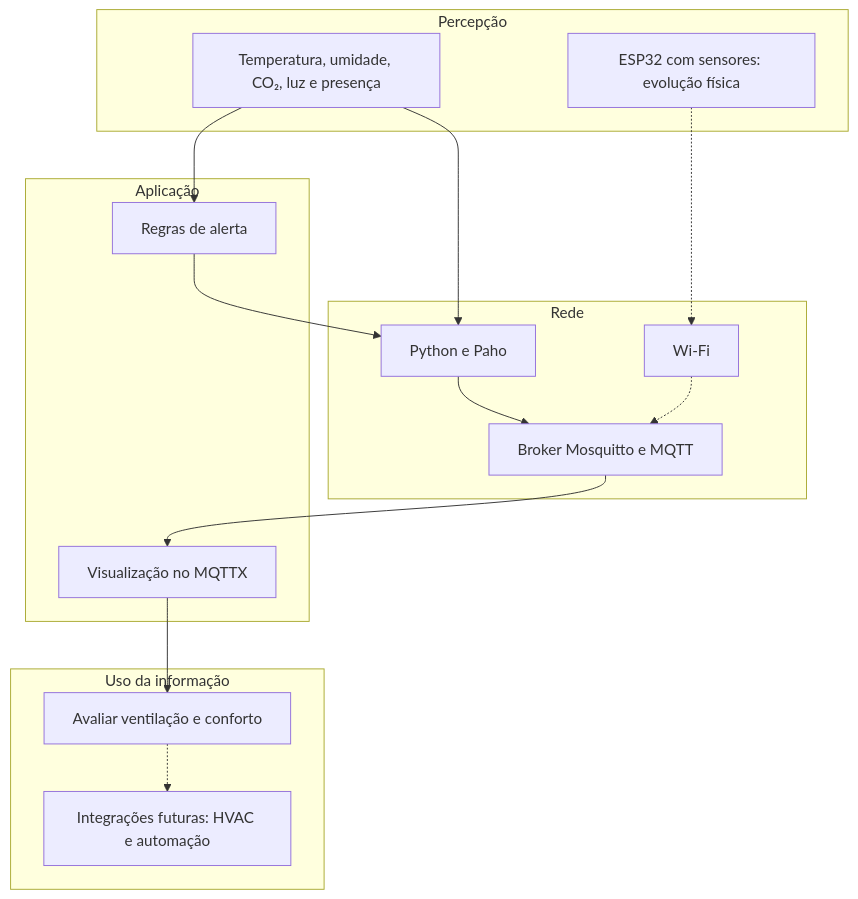
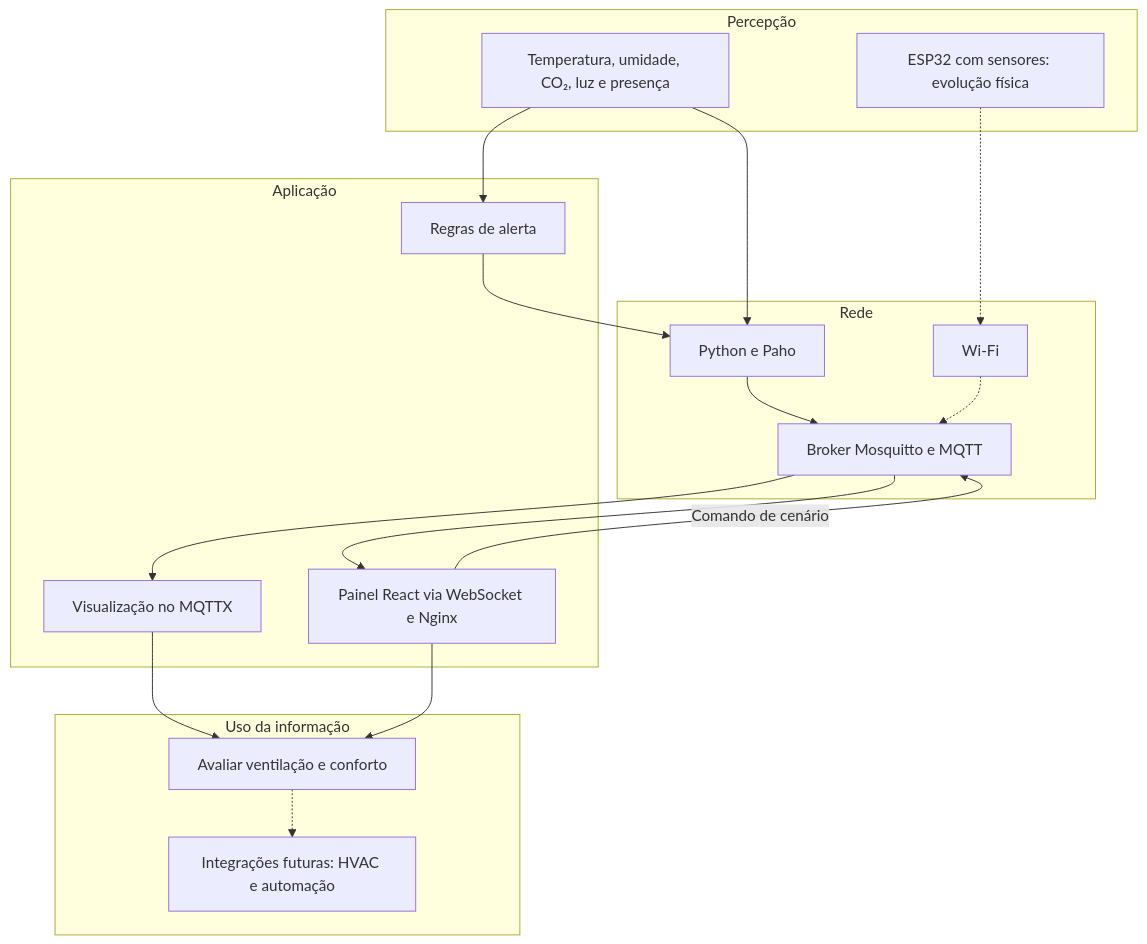
One commit to Mestrado-Alvaro-Ribeiro/alvaro-ribeiro-985-tp546 changed the diagram in project/project_iot/docs/architecture.md. Above: the diagram before and after it, drawn with Mermaid. The commit also changed other lines of this file and 2 other files, not shown here.

````diff
--- a/project/project_iot/docs/architecture.md
+++ b/project/project_iot/docs/architecture.md
@@ -10,24 +10,27 @@
 ```mermaid
 flowchart TB
     subgraph Percepcao[Percepção]
         S[Temperatura, umidade, CO₂, luz e presença]
         E[ESP32 com sensores: evolução física]
     end
     subgraph Rede[Rede]
         P[Python e Paho]
         W[Wi-Fi]
         M[Broker Mosquitto e MQTT]
     end
     subgraph Aplicacao[Aplicação]
         X[Visualização no MQTTX]
+        R[Painel React via WebSocket e Nginx]
         A[Regras de alerta]
     end
     subgraph Negocio[Uso da informação]
         D[Avaliar ventilação e conforto]
         F[Integrações futuras: HVAC e automação]
     end
     S --> P --> M --> X --> D
+    M --> R --> D
+    R -->|Comando de cenário| M
     E -.-> W -.-> M
     S --> A --> P
     D -.-> F
 ```
````
